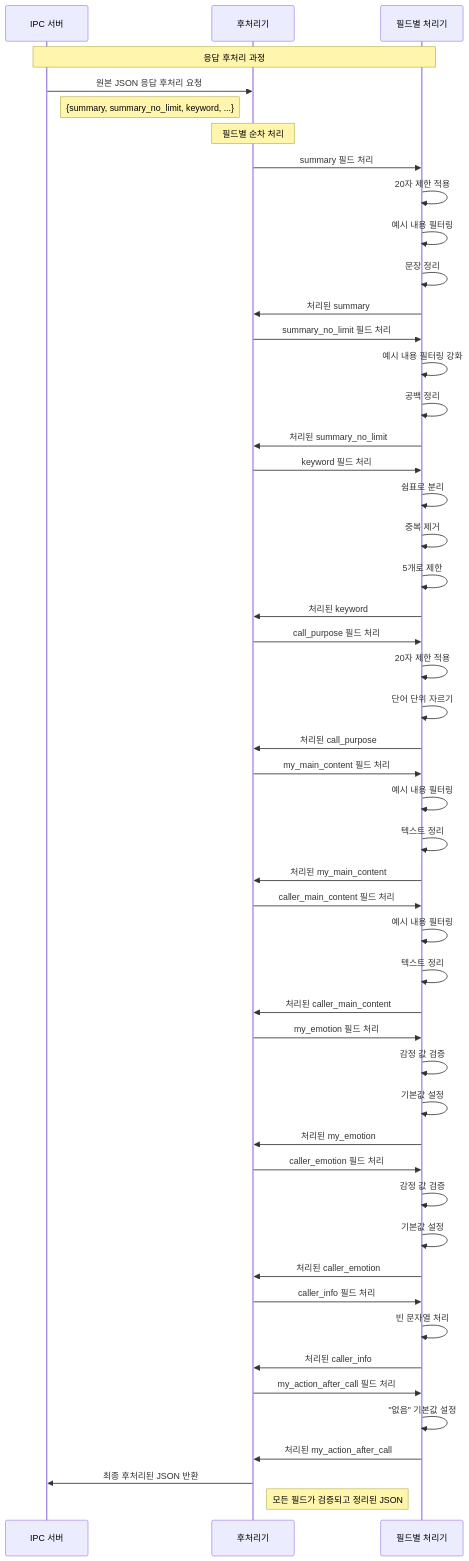
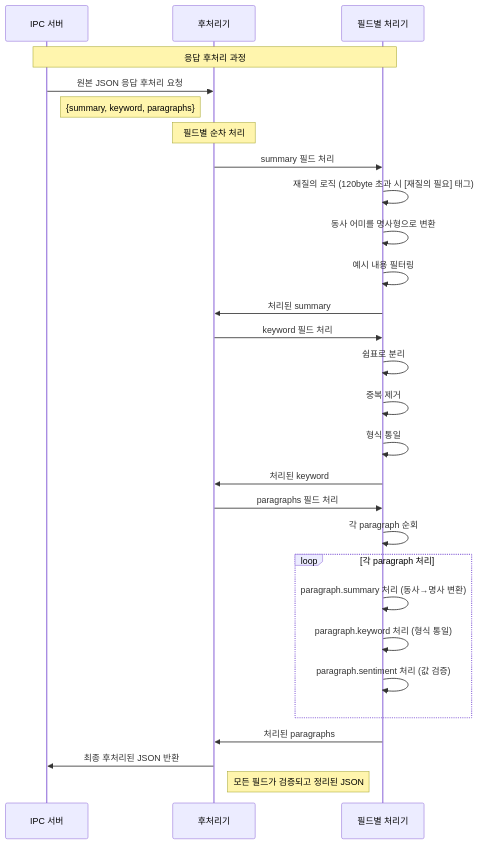
Before and after one commit to hak023/gemma-summarizer-poc: the fifth of 5 diagrams in sequence_diagram.md, drawn with Mermaid. The commit also changed other lines of this file and 2 other files, not shown here.

Commit message:
다이어그램 현행화: 현재 시스템 구조에 맞게 업데이트
- 모델명 변경: gemma-3-1b-it-Q8_0.gguf → Midm-2.0-Mini-Instruct-Q4_K_M.gguf
- JSON 구조 현행화: {summary, keyword, paragraphs} 구조로 변경
- 후처리 필드 간소화: 10개 필드 → 3개 필드 (summary, keyword, paragraphs)
- 새로운 기능 반영: 재질의 로직(120byte), 동사→명사 변환, JSON 복구 시스템
- ResponsePostprocessor 클래스 메서드 업데이트
- JSONRepair 클래스 추가 및 관계 정의
- 시퀀스 다이어그램의 처리 흐름 현행화

````diff
--- a/sequence_diagram.md
+++ b/sequence_diagram.md
@@ -205,64 +203,35 @@
 ```mermaid
 sequenceDiagram
     participant IPC as IPC 서버
     participant Postprocessor as 후처리기
     participant Fields as 필드별 처리기
 
     Note over IPC,Fields: 응답 후처리 과정
     IPC->>Postprocessor: 원본 JSON 응답 후처리 요청
-    Note right of IPC: {summary, summary_no_limit, keyword, ...}
+    Note right of IPC: {summary, keyword, paragraphs}
 
     Note over Postprocessor: 필드별 순차 처리
     Postprocessor->>Fields: summary 필드 처리
-    Fields->>Fields: 20자 제한 적용
+    Fields->>Fields: 재질의 로직 (120byte 초과 시 [재질의 필요] 태그)
+    Fields->>Fields: 동사 어미를 명사형으로 변환
     Fields->>Fields: 예시 내용 필터링
-    Fields->>Fields: 문장 정리
     Fields->>Postprocessor: 처리된 summary
-
-    Postprocessor->>Fields: summary_no_limit 필드 처리
-    Fields->>Fields: 예시 내용 필터링 강화
-    Fields->>Fields: 공백 정리
-    Fields->>Postprocessor: 처리된 summary_no_limit
 
     Postprocessor->>Fields: keyword 필드 처리
     Fields->>Fields: 쉼표로 분리
     Fields->>Fields: 중복 제거
-    Fields->>Fields: 5개로 제한
+    Fields->>Fields: 형식 통일
     Fields->>Postprocessor: 처리된 keyword
 
-    Postprocessor->>Fields: call_purpose 필드 처리
-    Fields->>Fields: 20자 제한 적용
-    Fields->>Fields: 단어 단위 자르기
-    Fields->>Postprocessor: 처리된 call_purpose
-
-    Postprocessor->>Fields: my_main_content 필드 처리
-    Fields->>Fields: 예시 내용 필터링
-    Fields->>Fields: 텍스트 정리
-    Fields->>Postprocessor: 처리된 my_main_content
-
-    Postprocessor->>Fields: caller_main_content 필드 처리
-    Fields->>Fields: 예시 내용 필터링
-    Fields->>Fields: 텍스트 정리
-    Fields->>Postprocessor: 처리된 caller_main_content
-
-    Postprocessor->>Fields: my_emotion 필드 처리
-    Fields->>Fields: 감정 값 검증
-    Fields->>Fields: 기본값 설정
-    Fields->>Postprocessor: 처리된 my_emotion
-
-    Postprocessor->>Fields: caller_emotion 필드 처리
-    Fields->>Fields: 감정 값 검증
-    Fields->>Fields: 기본값 설정
-    Fields->>Postprocessor: 처리된 caller_emotion
-
-    Postprocessor->>Fields: caller_info 필드 처리
-    Fields->>Fields: 빈 문자열 처리
-    Fields->>Postprocessor: 처리된 caller_info
-
-    Postprocessor->>Fields: my_action_after_call 필드 처리
-    Fields->>Fields: "없음" 기본값 설정
-    Fields->>Postprocessor: 처리된 my_action_after_call
+    Postprocessor->>Fields: paragraphs 필드 처리
+    Fields->>Fields: 각 paragraph 순회
+    loop 각 paragraph 처리
+        Fields->>Fields: paragraph.summary 처리 (동사→명사 변환)
+        Fields->>Fields: paragraph.keyword 처리 (형식 통일)
+        Fields->>Fields: paragraph.sentiment 처리 (값 검증)
+    end
+    Fields->>Postprocessor: 처리된 paragraphs
 
     Postprocessor->>IPC: 최종 후처리된 JSON 반환
     Note right of Postprocessor: 모든 필드가 검증되고 정리된 JSON
 ```
````
